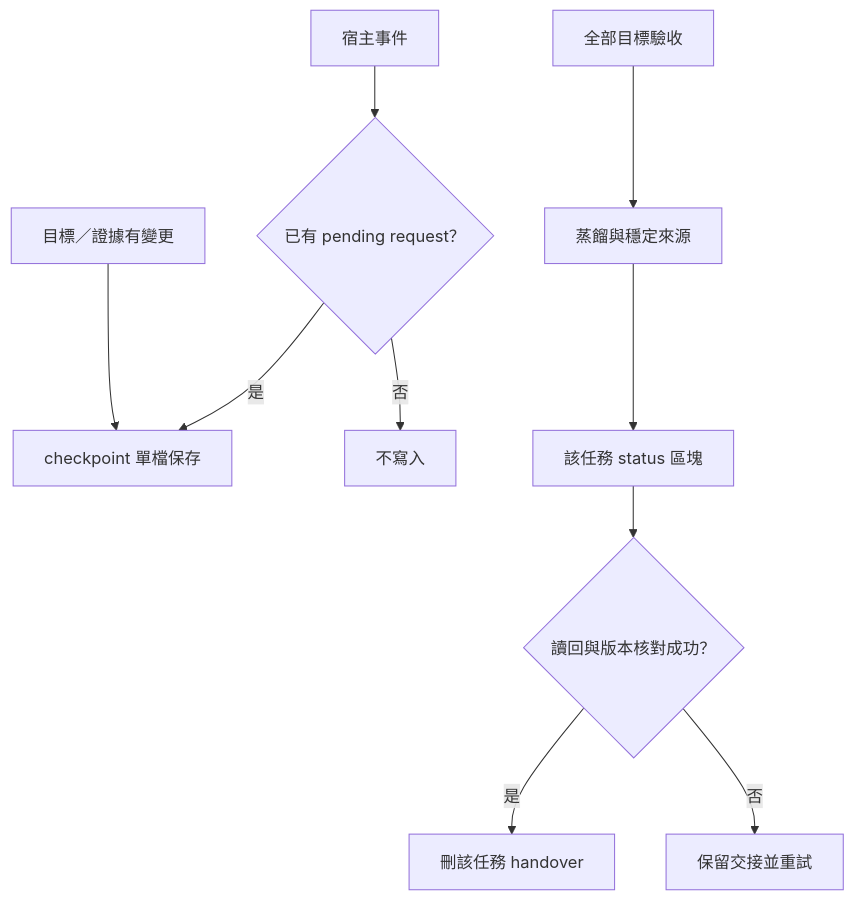
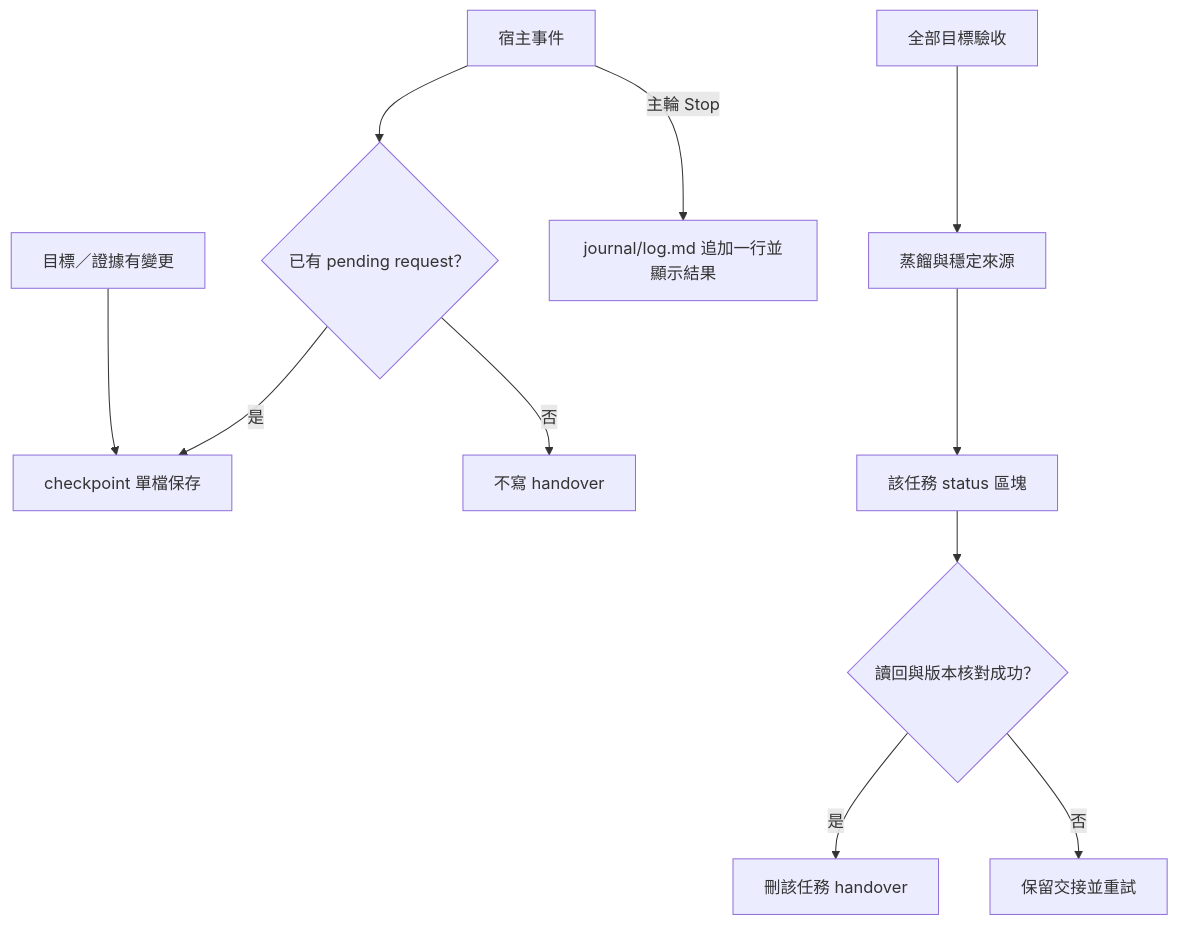
One commit to jin576tw/Aget-skill-repo changed the diagram in docs/recording-lifecycle.md. Above: the diagram before and after it, drawn with Mermaid. The commit also changed other lines of this file and 10 other files, not shown here.

First line of the commit message:
feat: log each main turn to vault journal from Stop hook

````diff
--- a/docs/recording-lifecycle.md
+++ b/docs/recording-lifecycle.md
@@ -20,12 +21,13 @@
 ```mermaid
 flowchart TD
     A[目標／證據有變更] --> B[checkpoint 單檔保存]
     E[宿主事件] --> P{已有 pending request？}
     P -->|是| B
-    P -->|否| N[不寫入]
+    P -->|否| N[不寫 handover]
+    E -->|主輪 Stop| J[journal/log.md 追加一行並顯示結果]
     G[全部目標驗收] --> K[蒸餾與穩定來源]
     K --> S[該任務 status 區塊]
     S --> V{讀回與版本核對成功？}
     V -->|是| D[刪該任務 handover]
     V -->|否| R[保留交接並重試]
 ```
````
